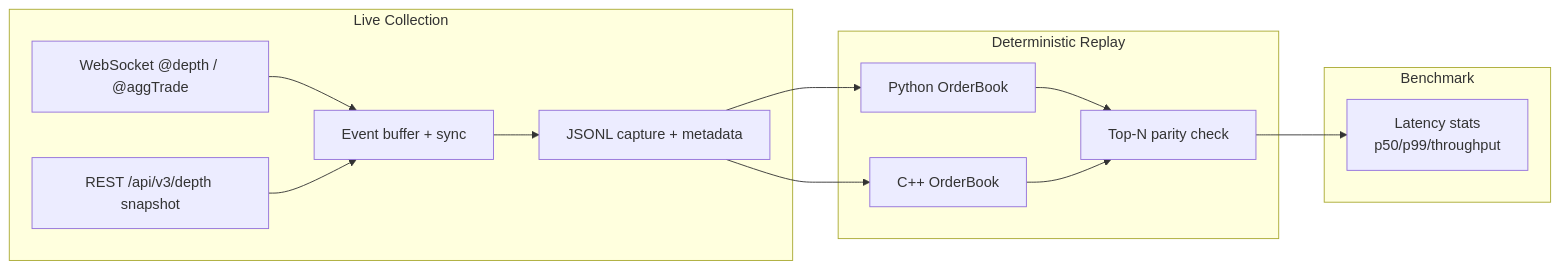
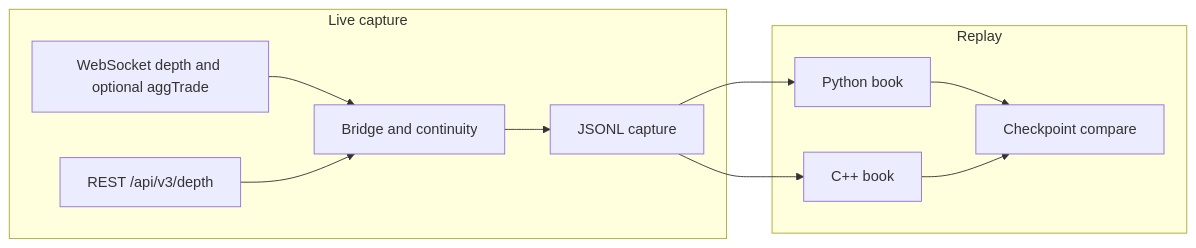
The diagram in README.md (chrislernunes/Data-Latency-Benchmark), drawn with Mermaid before and after one commit. The commit also changed other lines of this file and 34 other files, not shown here.

First line of the commit message:
Implement Binance Spot capture, replay, and Python/C++ parity.

````diff
--- a/README.md
+++ b/README.md
@@ -21,21 +18,18 @@
 ```mermaid
 flowchart LR
-    subgraph Live[Live Collection]
-        WS[WebSocket @depth / @aggTrade]
-        REST[REST /api/v3/depth snapshot]
-        BUF[Event buffer + sync]
-        CAP[JSONL capture + metadata]
-        WS --> BUF
-        REST --> BUF
-        BUF --> CAP
+    subgraph live [Live capture]
+        WS[WebSocket depth and optional aggTrade]
+        REST[REST /api/v3/depth]
+        SYNC[Bridge and continuity]
+        FILE[JSONL capture]
+        WS --> SYNC
+        REST --> SYNC
+        SYNC --> FILE
     end
-    subgraph Replay[Deterministic Replay]
-        CAP --> PY[Python OrderBook]
-        CAP --> CPP[C++ OrderBook]
-        PY --> VAL[Top-N parity check]
-        CPP --> VAL
-    end
-    subgraph Bench[Benchmark]
-        VAL --> LAT[Latency stats<br/>p50/p99/throughput]
+    subgraph replay [Replay]
+        FILE --> PY[Python book]
+        FILE --> CPP[C++ book]
+        PY --> CMP[Checkpoint compare]
+        CPP --> CMP
     end
 ```
````
